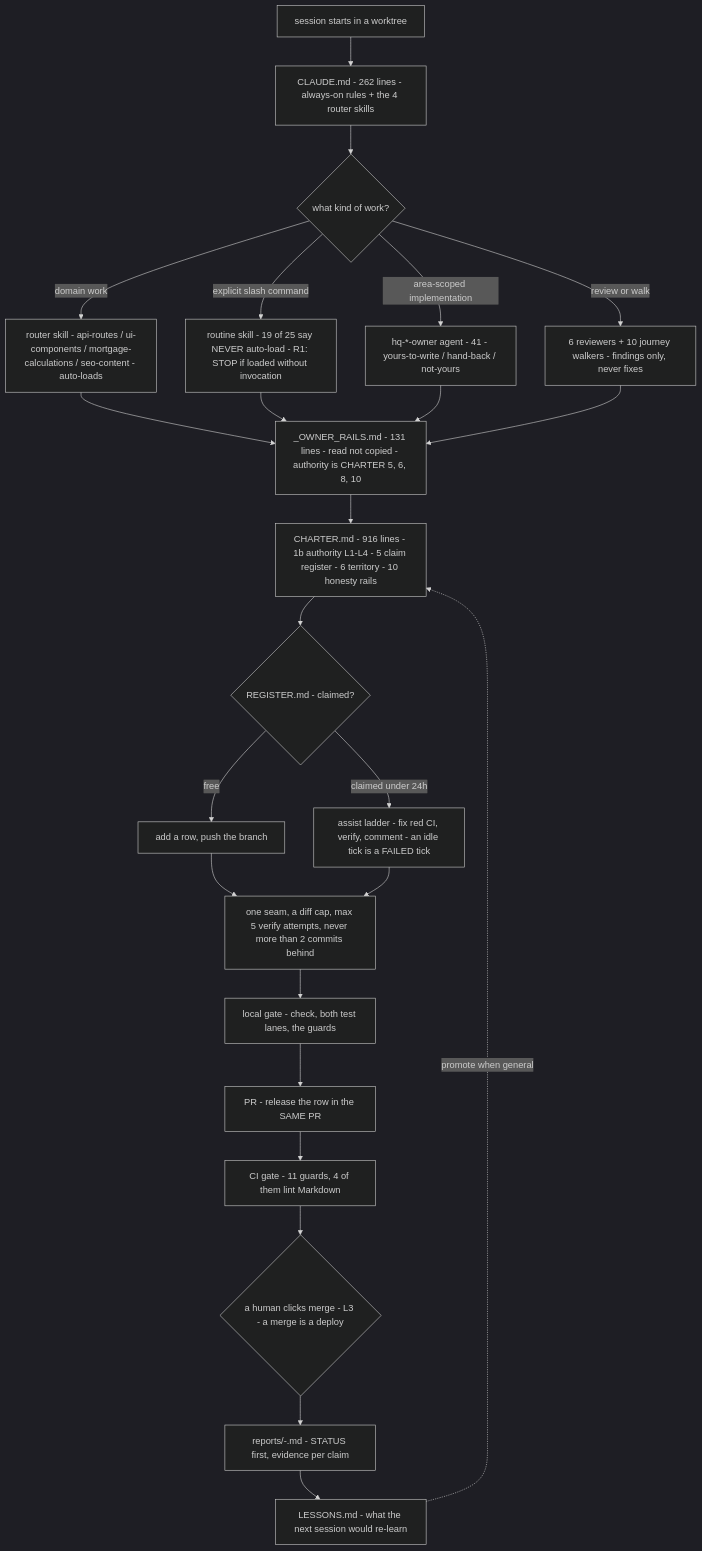
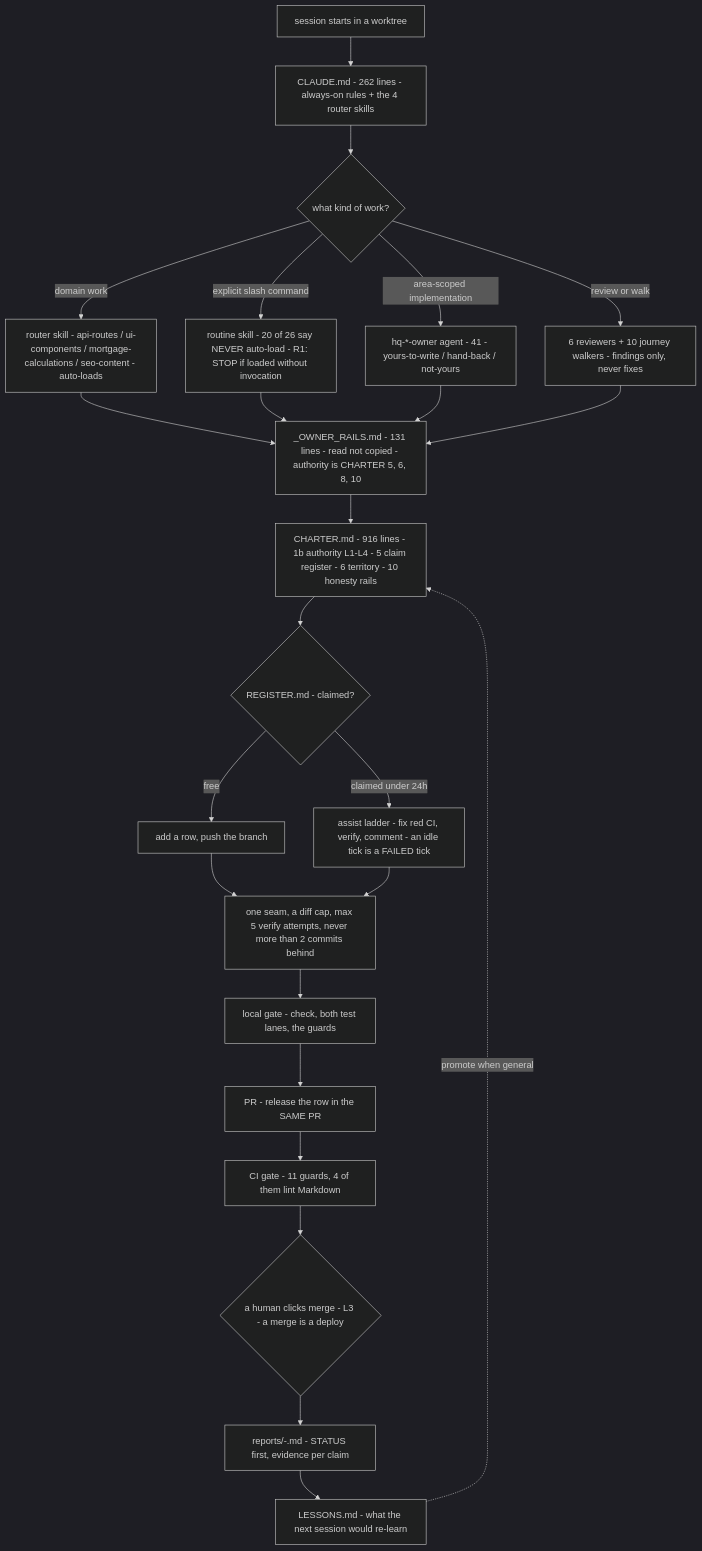
The diagram in knowledge-base/handoff/09-prompting-and-automation.md (barakatammre84/Homiquity), drawn with Mermaid (dark theme) before and after one commit. The commit also changed other lines of this file and 6 other files, not shown here.

````diff
--- a/knowledge-base/handoff/09-prompting-and-automation.md
+++ b/knowledge-base/handoff/09-prompting-and-automation.md
@@ -35,26 +35,26 @@
 ```mermaid
 flowchart TD
   S["session starts in a worktree"] --> CM["CLAUDE.md - 262 lines - always-on rules + the 4 router skills"]
   CM --> PICK{"what kind of work?"}
   PICK -- "domain work" --> ROUTER["router skill - api-routes / ui-components / mortgage-calculations / seo-content - auto-loads"]
-  PICK -- "explicit slash command" --> ROUTINE["routine skill - 19 of 25 say NEVER auto-load - R1: STOP if loaded without invocation"]
+  PICK -- "explicit slash command" --> ROUTINE["routine skill - 20 of 26 say NEVER auto-load - R1: STOP if loaded without invocation"]
   PICK -- "area-scoped implementation" --> OWNER["hq-*-owner agent - 41 - yours-to-write / hand-back / not-yours"]
   PICK -- "review or walk" --> REVIEW["6 reviewers + 10 journey walkers - findings only, never fixes"]
   ROUTER --> RAILS
   ROUTINE --> RAILS
   OWNER --> RAILS
   REVIEW --> RAILS
   RAILS["_OWNER_RAILS.md - 131 lines - read not copied - authority is CHARTER 5, 6, 8, 10"] --> CHARTER["CHARTER.md - 916 lines - 1b authority L1-L4 - 5 claim register - 6 territory - 10 honesty rails"]
   CHARTER --> REG{"REGISTER.md - claimed?"}
   REG -- "claimed under 24h" --> ASSIST["assist ladder - fix red CI, verify, comment - an idle tick is a FAILED tick"]
   REG -- free --> CLAIM["add a row, push the branch"]
   CLAIM --> WORK["one seam, a diff cap, max 5 verify attempts, never more than 2 commits behind"]
   ASSIST --> WORK
   WORK --> GUARDS["local gate - check, both test lanes, the guards"]
   GUARDS --> PR["PR - release the row in the SAME PR"]
   PR --> CI["CI gate - 11 guards, 4 of them lint Markdown"]
   CI --> HUMAN{"a human clicks merge - L3 - a merge is a deploy"}
   HUMAN --> REPORT["reports/<date>-<routine>.md - STATUS first, evidence per claim"]
   REPORT --> LESSONS["LESSONS.md - what the next session would re-learn"]
   LESSONS -. promote when general .-> CHARTER
 ```
````
